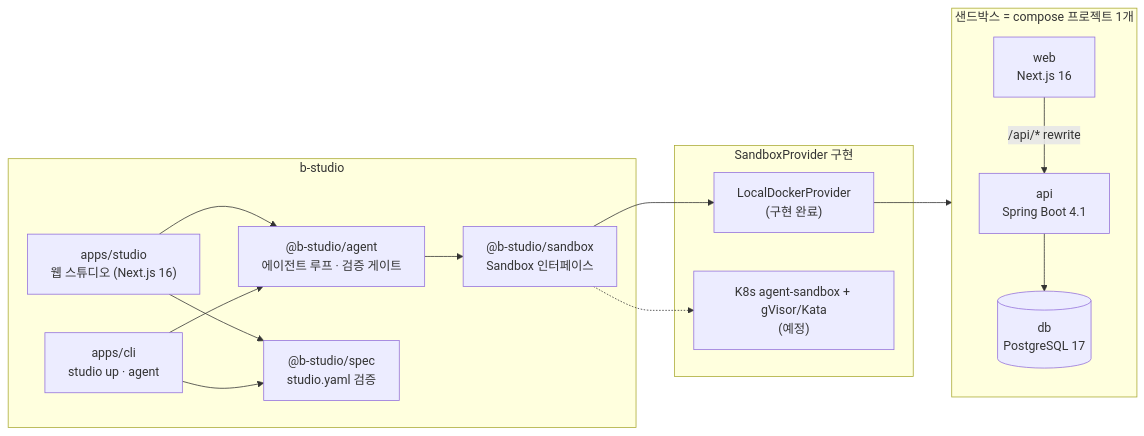
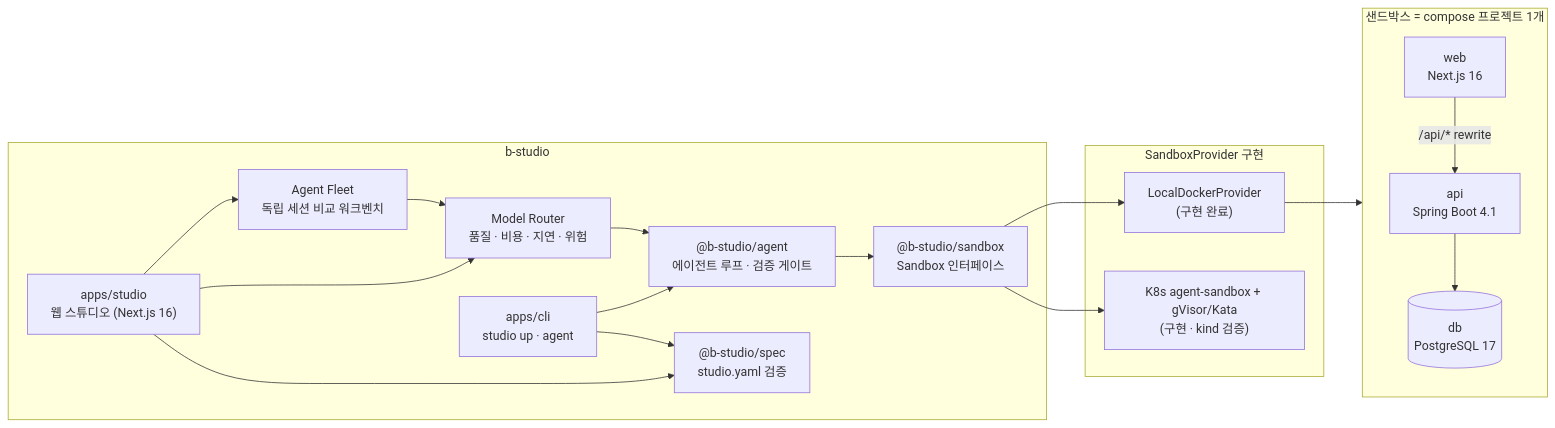
One commit to dj258255/b-studio changed the first of 2 diagrams in README.md. Above: the diagram before and after it, drawn with Mermaid. The commit also changed other lines of this file and 31 other files, not shown here.

Commit message:
feat: add model routing and agent fleet

````diff
--- a/README.md
+++ b/README.md
@@ -46,32 +50,37 @@
 ```mermaid
 flowchart LR
   subgraph Studio["b-studio"]
     UI["apps/studio<br/>웹 스튜디오 (Next.js 16)"]
+    FLEET["Agent Fleet<br/>독립 세션 비교 워크벤치"]
+    ROUTER["Model Router<br/>품질 · 비용 · 지연 · 위험"]
     CLI["apps/cli<br/>studio up · agent"]
     AG["@b-studio/agent<br/>에이전트 루프 · 검증 게이트"]
     SPEC["@b-studio/spec<br/>studio.yaml 검증"]
     SB["@b-studio/sandbox<br/>Sandbox 인터페이스"]
   end
 
   subgraph Providers["SandboxProvider 구현"]
     LD["LocalDockerProvider<br/>(구현 완료)"]
-    K8S["K8s agent-sandbox + gVisor/Kata<br/>(예정)"]
+    K8S["K8s agent-sandbox + gVisor/Kata<br/>(구현 · kind 검증)"]
   end
 
   subgraph Box["샌드박스 = compose 프로젝트 1개"]
     WEB["web<br/>Next.js 16"]
     API["api<br/>Spring Boot 4.1"]
     DB[("db<br/>PostgreSQL 17")]
   end
 
-  UI --> AG
+  UI --> FLEET
+  UI --> ROUTER
+  FLEET --> ROUTER
+  ROUTER --> AG
   CLI --> AG
   UI --> SPEC
   CLI --> SPEC
   AG --> SB
   SB --> LD
-  SB -.-> K8S
+  SB --> K8S
   LD --> Box
   WEB -- "/api/* rewrite" --> API
   API --> DB
 ```
````
